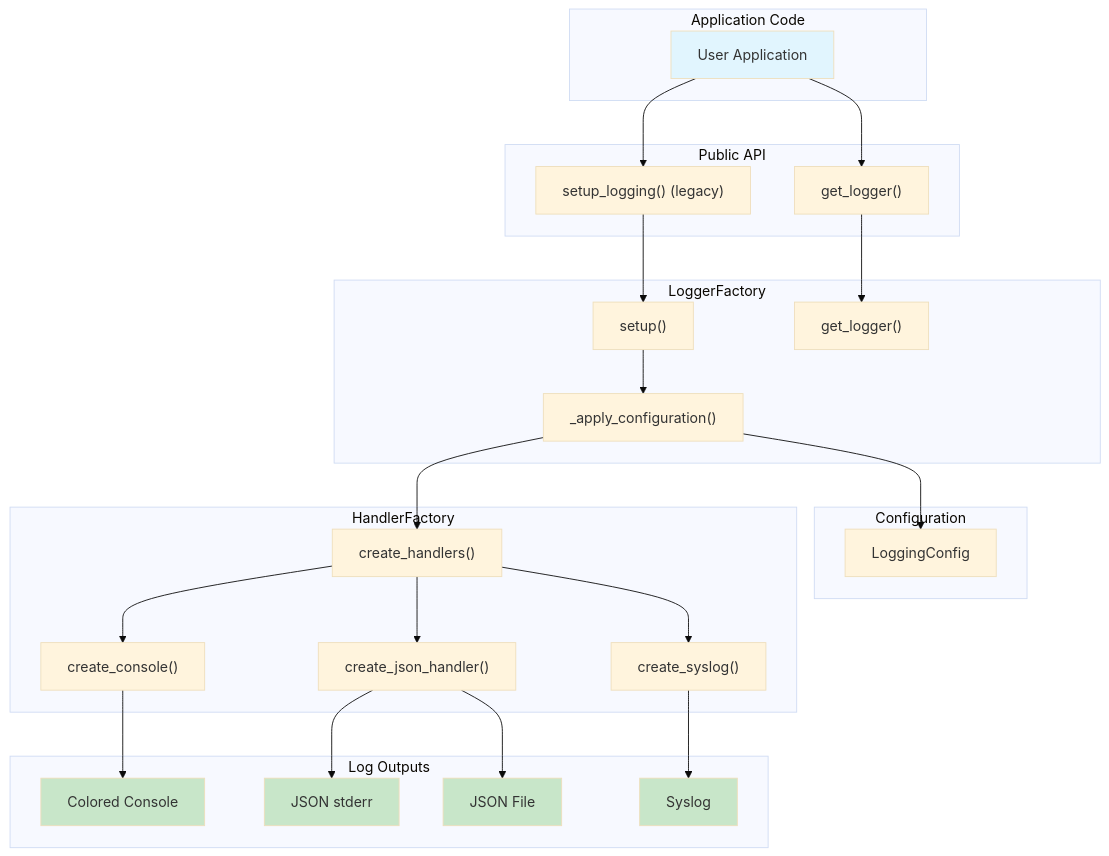
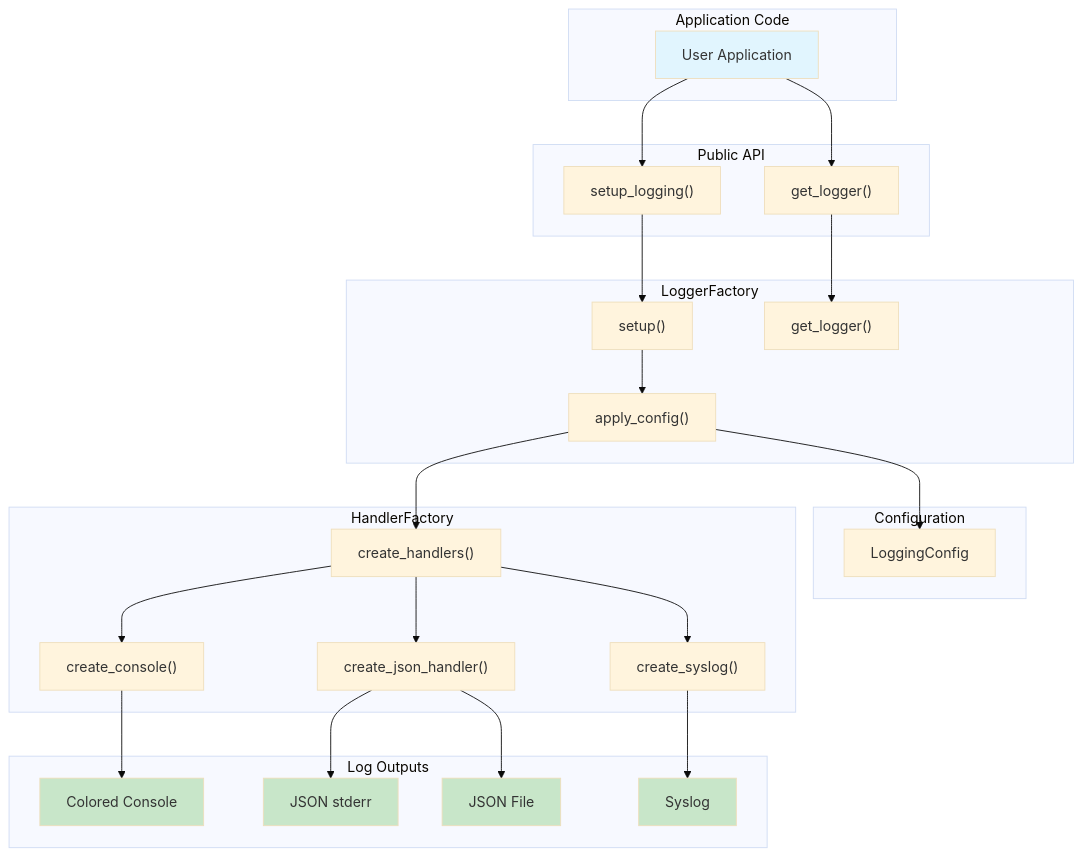
One commit to antragh/arlogi changed the second of 2 diagrams in docs/C4-Documentation/c4-component-core-logging.md. Above: the diagram before and after it, drawn with Mermaid (base theme). The commit also changed other lines of this file and 144 other files, not shown here.

````diff
--- a/docs/C4-Documentation/c4-component-core-logging.md
+++ b/docs/C4-Documentation/c4-component-core-logging.md
@@ -520,57 +522,57 @@
 ```mermaid
 flowchart TB
     subgraph Application["Application Code"]
         UserCode["User Application"]
     end
 
     subgraph API["Public API"]
-        Setup["setup_logging() (legacy)"]
+        Setup["setup_logging()"]
         GetLogger["get_logger()"]
     end
 
     subgraph Factory["LoggerFactory"]
         SetupMethod["setup()"]
         GetLoggerMethod["get_logger()"]
-        ApplyConfig["_apply_configuration()"]
+        ApplyConfig["apply_config()"]
     end
 
     subgraph Config["Configuration"]
         LoggingConfig["LoggingConfig"]
     end
 
     subgraph Handlers["HandlerFactory"]
         CreateHandlers["create_handlers()"]
         CreateConsole["create_console()"]
         CreateJSON["create_json_handler()"]
         CreateSyslog["create_syslog()"]
     end
 
     subgraph Outputs["Log Outputs"]
         Console["Colored Console"]
         JSONStream["JSON stderr"]
         JSONFile["JSON File"]
         Syslog["Syslog"]
     end
 
     UserCode --> Setup
     UserCode --> GetLogger
     Setup --> SetupMethod
     GetLogger --> GetLoggerMethod
     SetupMethod --> ApplyConfig
     ApplyConfig --> LoggingConfig
     ApplyConfig --> CreateHandlers
     CreateHandlers --> CreateConsole
     CreateHandlers --> CreateJSON
     CreateHandlers --> CreateSyslog
 
     CreateConsole --> Console
     CreateJSON --> JSONStream
     CreateJSON --> JSONFile
     CreateSyslog --> Syslog
 
     style UserCode fill:#e1f5fe
     style Console fill:#c8e6c9
     style JSONStream fill:#c8e6c9
     style JSONFile fill:#c8e6c9
     style Syslog fill:#c8e6c9
 ```
````
